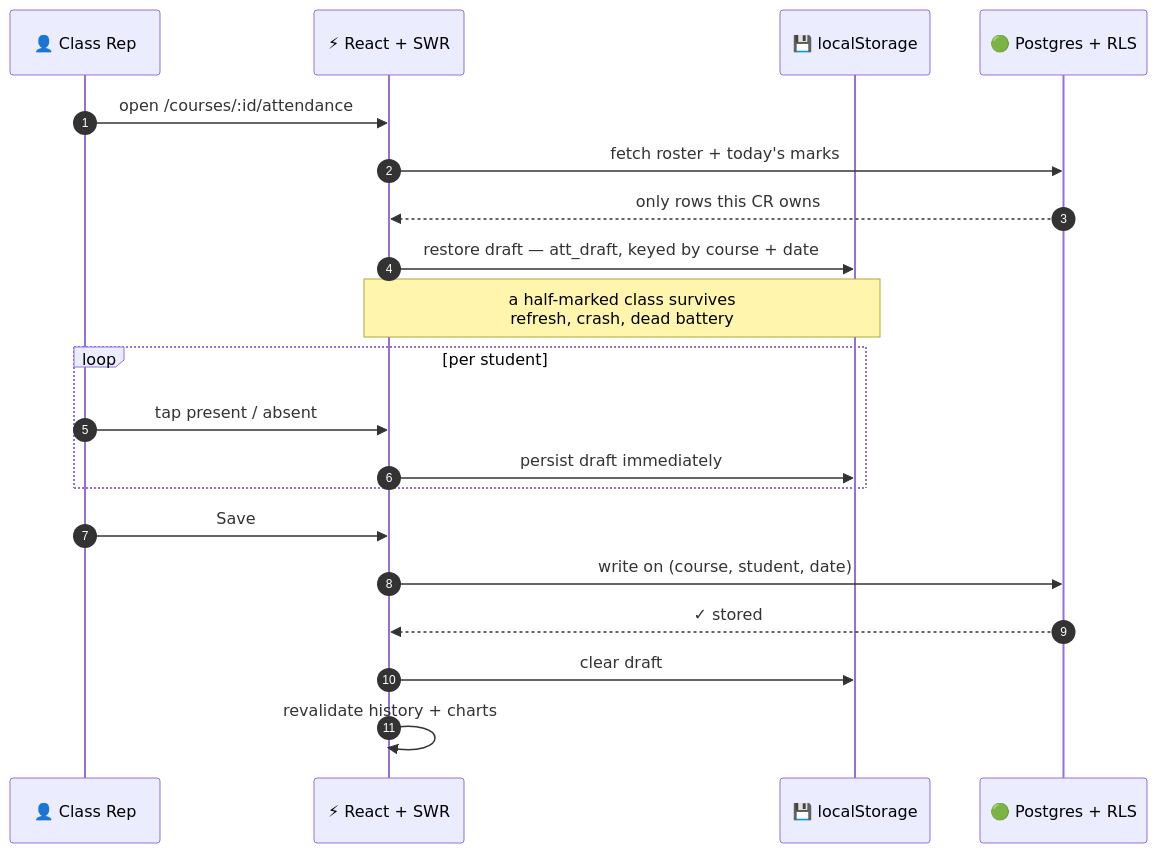
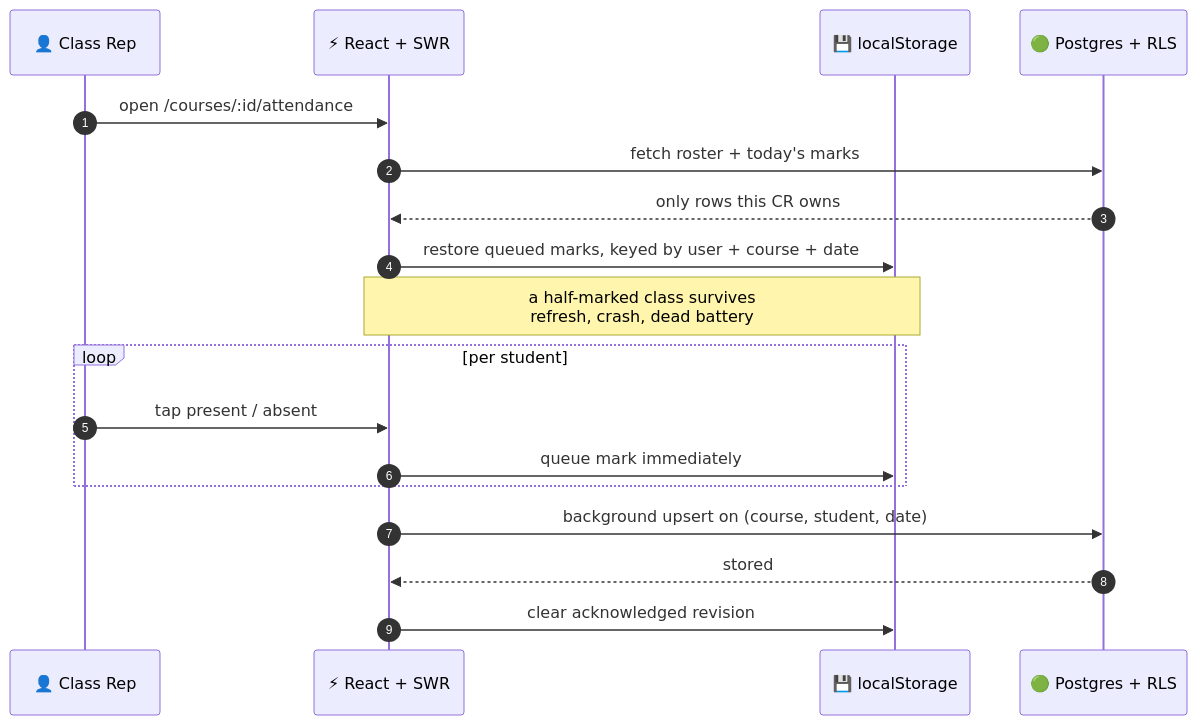
One commit to wasiqtanveer/CR_Attendance_App-V2.0 changed the third of 3 diagrams in README.md. Above: the diagram before and after it, drawn with Mermaid. The commit also changed other lines of this file and 40 other files, not shown here.

````diff
--- a/README.md
+++ b/README.md
@@ -219,25 +222,23 @@
 ```mermaid
 sequenceDiagram
     autonumber
     participant CR as 👤 Class Rep
     participant App as ⚡ React + SWR
     participant LS as 💾 localStorage
     participant DB as 🟢 Postgres + RLS
 
     CR->>App: open /courses/:id/attendance
     App->>DB: fetch roster + today's marks
     DB-->>App: only rows this CR owns
-    App->>LS: restore draft — att_draft, keyed by course + date
+    App->>LS: restore queued marks, keyed by user + course + date
     Note over App,LS: a half-marked class survives<br/>refresh, crash, dead battery
 
     loop per student
         CR->>App: tap present / absent
-        App->>LS: persist draft immediately
+        App->>LS: queue mark immediately
     end
 
-    CR->>App: Save
-    App->>DB: write on (course, student, date)
-    DB-->>App: ✓ stored
-    App->>LS: clear draft
-    App->>App: revalidate history + charts
+    App->>DB: background upsert on (course, student, date)
+    DB-->>App: stored
+    App->>LS: clear acknowledged revision
 ```
````
